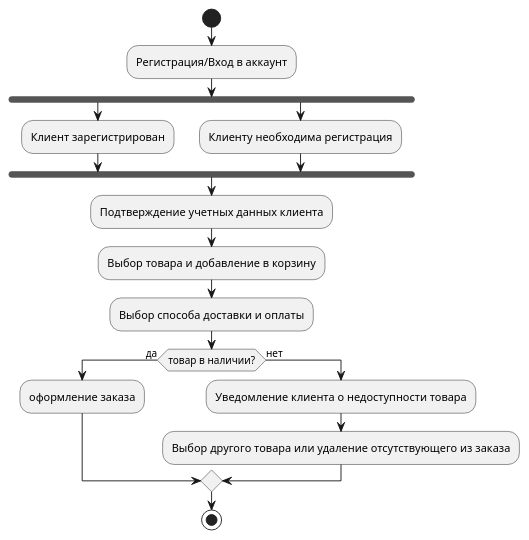
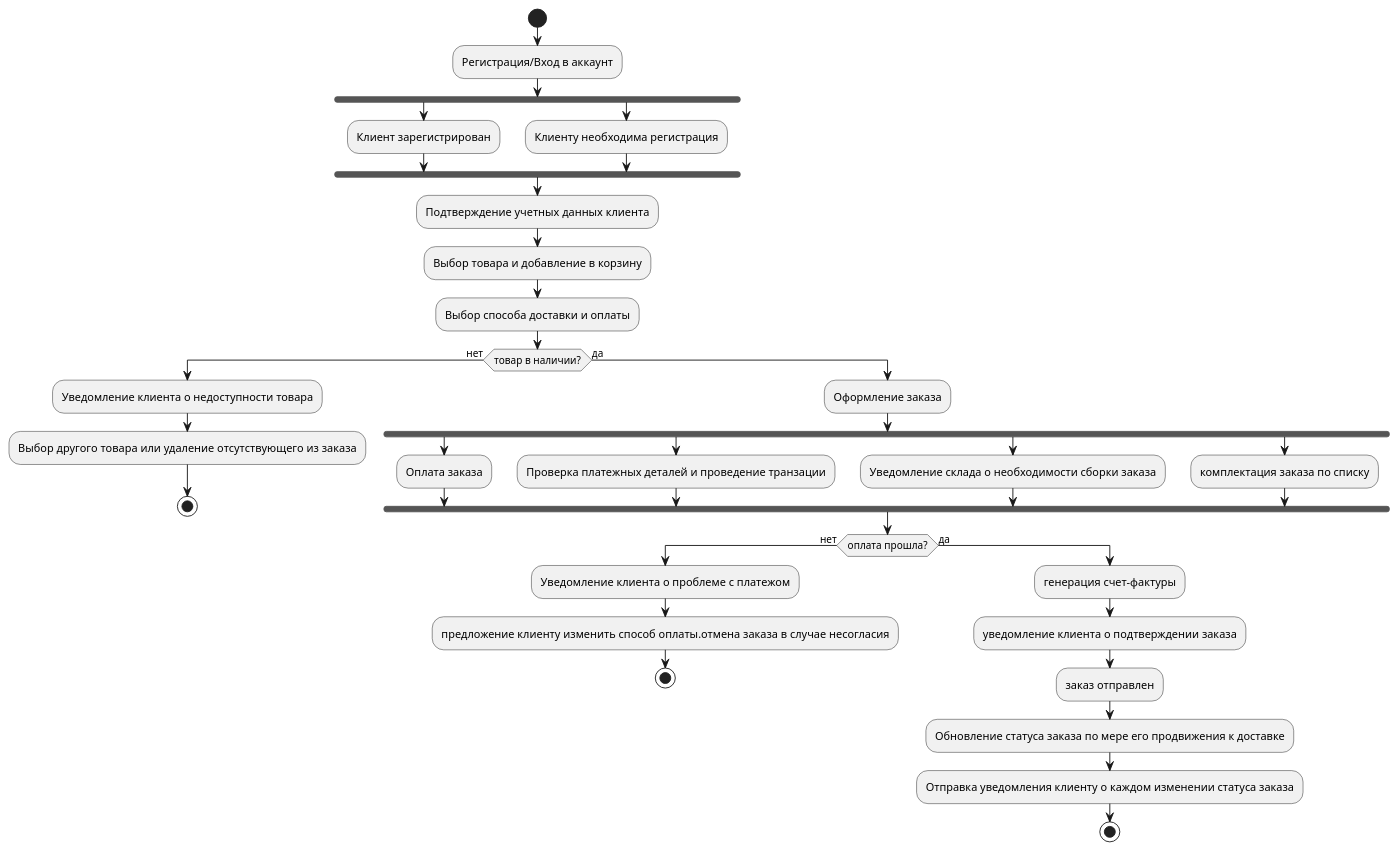
One commit to cadet155i/umldiagramm changed the diagram in test.plantuml. Above: the diagram before and after it, drawn with PlantUML.

Commit message:
Homework 3.2

```diff
--- a/test.plantuml
+++ b/test.plantuml
@@ -1,22 +1,38 @@
 @startuml And_Xor
     start
     :Регистрация/Вход в аккаунт;
     fork
       :Клиент зарегистрирован;
     fork again
       :Клиенту необходима регистрация;
       end fork
       :Подтверждение учетных данных клиента;
       :Выбор товара и добавление в корзину;
-      :Выбор способа доставки и оплаты;
-      if(товар в наличии?) then (да)
-       :оформление заказа;
-       else(нет)
+      :Выбор способа доставки и оплаты; 
+      if(товар в наличии?) then (нет)
        :Уведомление клиента о недоступности товара;
        :Выбор другого товара или удаление отсутствующего из заказа;
-      endif
-      
-
-      
+       stop
+       else(да)
+       :Оформление заказа;
+        fork
+        :Оплата заказа;
+        fork again
+        :Проверка платежных деталей и проведение транзации; 
+        fork again
+        :Уведомление склада о необходимости сборки заказа;
+        fork again
+        :комплектация заказа по списку;
+        end fork
+    if(оплата прошла?) then (нет)
+      :Уведомление клиента о проблеме с платежом;
+      :предложение клиенту изменить способ оплаты.отмена заказа в случае несогласия;
+      stop
+    else(да)
+      :генерация счет-фактуры;
+      :уведомление клиента о подтверждении заказа;
+      :заказ отправлен;
+      :Обновление статуса заказа по мере его продвижения к доставке;
+      :Отправка уведомления клиенту о каждом изменении статуса заказа;
     stop
 @enduml
```
